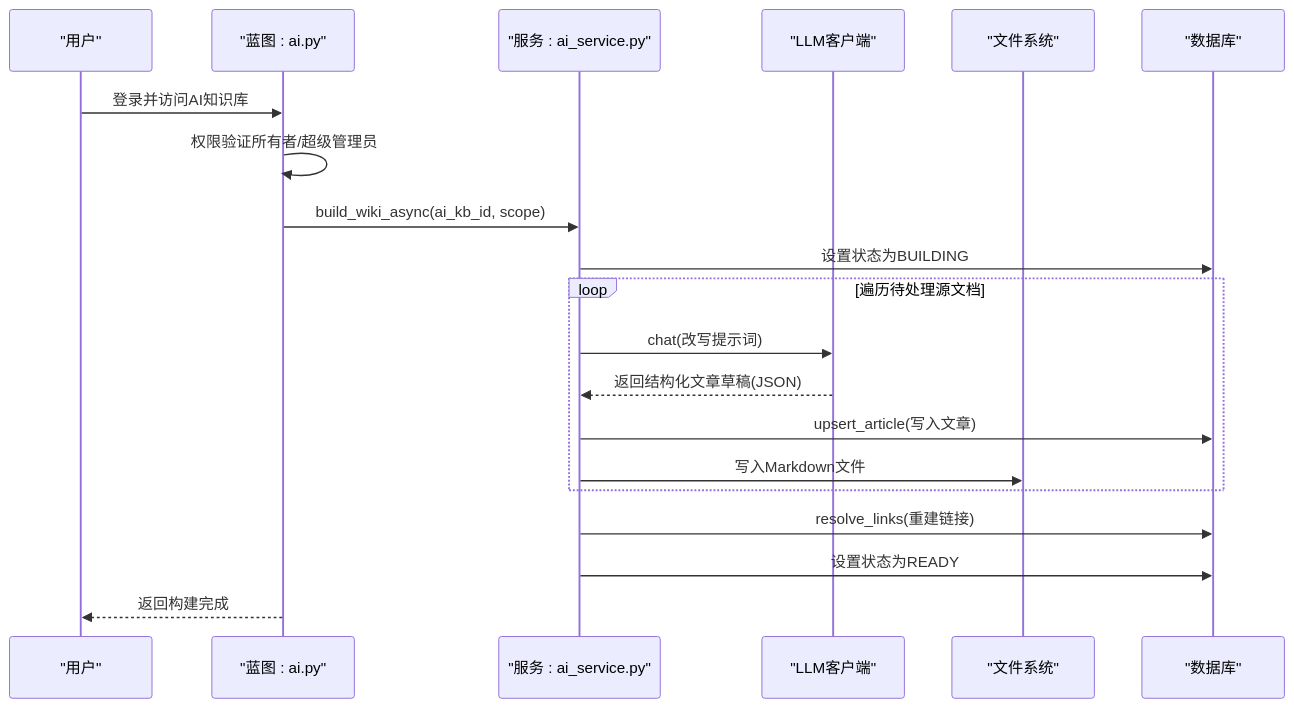
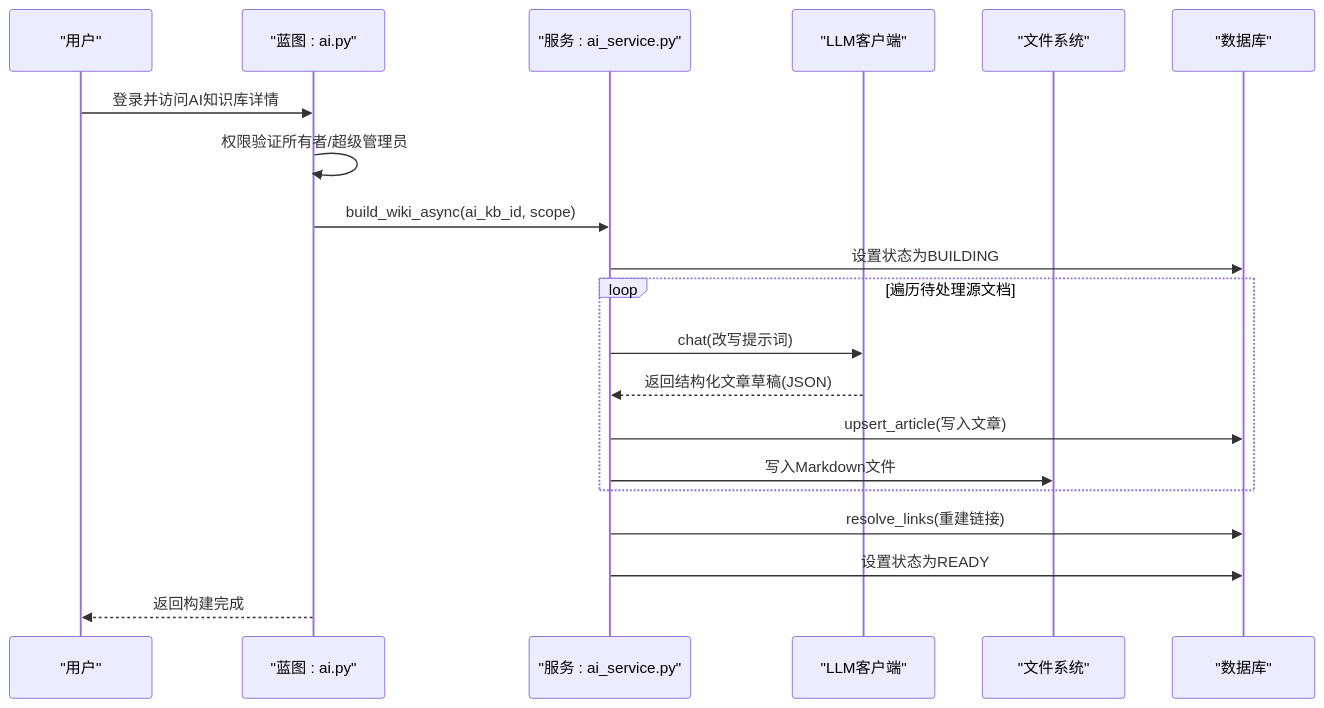
One commit to beyondalbert/my_wiki changed the second of 8 diagrams in .qoder/repowiki/zh/content/核心模块/AI知识库模块/AI知识库模块.md. Above: the diagram before and after it, drawn with Mermaid. The commit also changed other lines of this file and 17 other files, not shown here.

````diff
--- a/.qoder/repowiki/zh/content/核心模块/AI知识库模块/AI知识库模块.md
+++ b/.qoder/repowiki/zh/content/核心模块/AI知识库模块/AI知识库模块.md
@@ -143,22 +148,22 @@
 ```mermaid
 sequenceDiagram
 participant U as "用户"
 participant BP as "蓝图 : ai.py"
 participant SVC as "服务 : ai_service.py"
 participant LLM as "LLM客户端"
 participant FS as "文件系统"
 participant DB as "数据库"
-U->>BP : 登录并访问AI知识库
+U->>BP : 登录并访问AI知识库详情
 BP->>BP : 权限验证所有者/超级管理员
 BP->>SVC : build_wiki_async(ai_kb_id, scope)
 SVC->>DB : 设置状态为BUILDING
 loop 遍历待处理源文档
 SVC->>LLM : chat(改写提示词)
 LLM-->>SVC : 返回结构化文章草稿(JSON)
 SVC->>DB : upsert_article(写入文章)
 SVC->>FS : 写入Markdown文件
 end
 SVC->>DB : resolve_links(重建链接)
 SVC->>DB : 设置状态为READY
 BP-->>U : 返回构建完成
 ```
````
